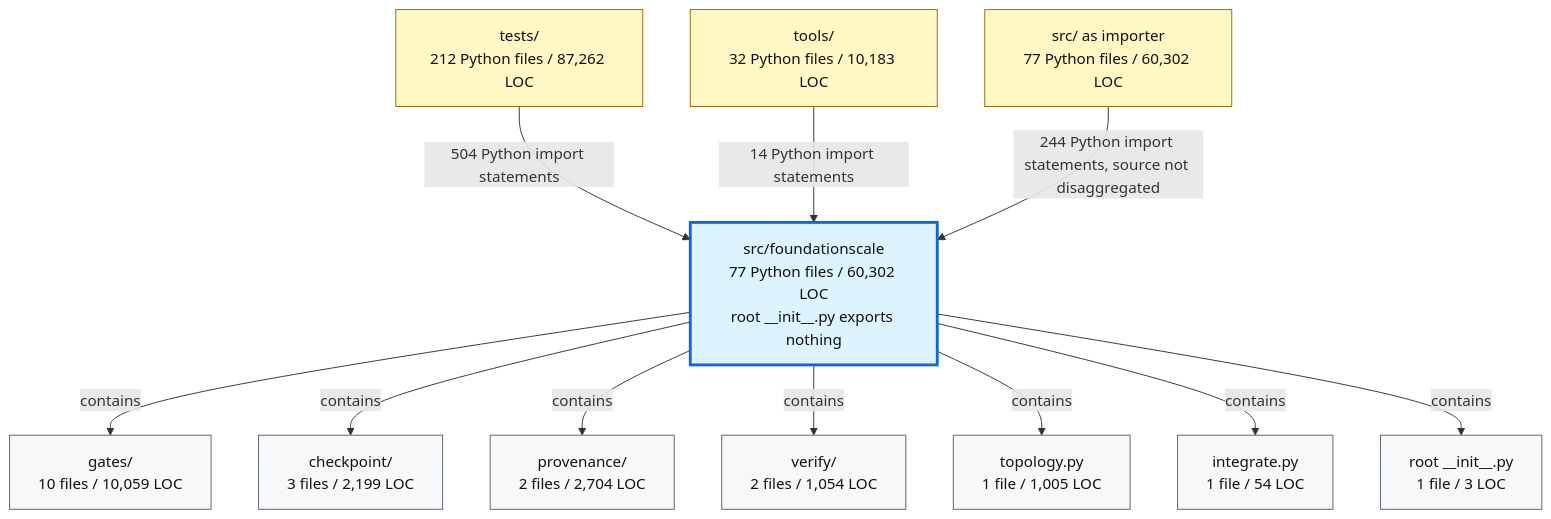
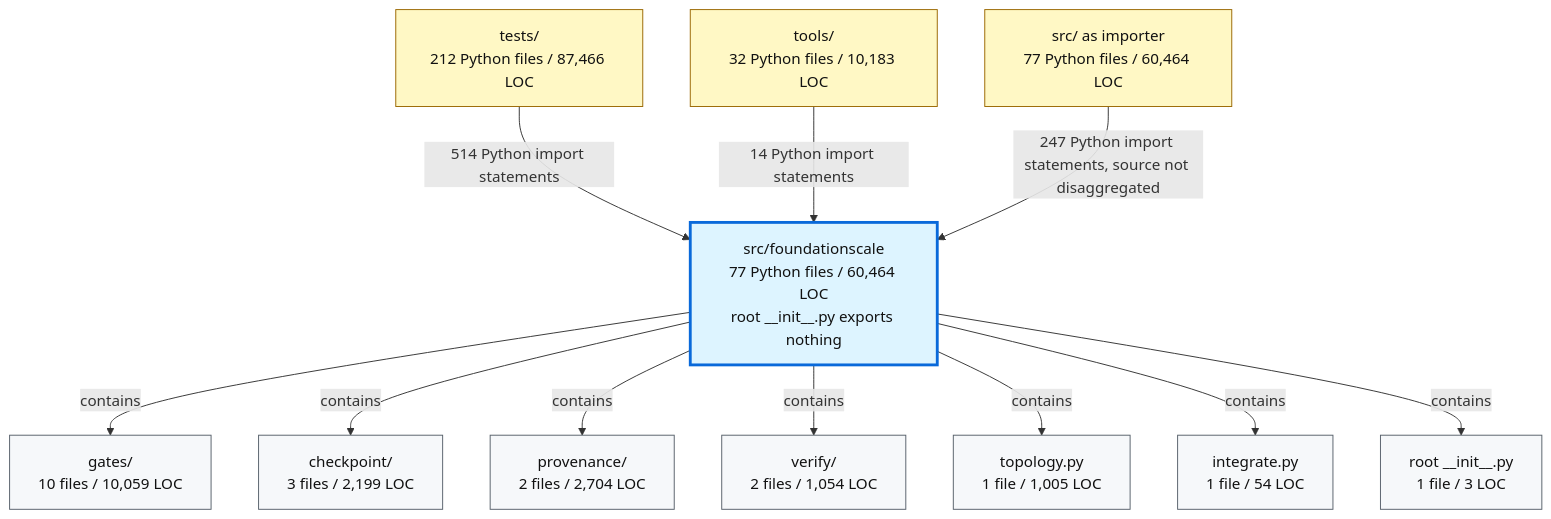
Before and after one commit to TranNhiem/FoundationScale: the second of 2 diagrams in docs/review/D2_current_architecture.md, drawn with Mermaid. The commit also changed other lines of this file and 13 other files, not shown here.

````diff
--- a/docs/review/D2_current_architecture.md
+++ b/docs/review/D2_current_architecture.md
@@ -97,36 +97,36 @@
 ```mermaid
 flowchart TB
-  TESTS["tests/<br/>212 Python files / 87,262 LOC"]
+  TESTS["tests/<br/>212 Python files / 87,466 LOC"]
   TOOLS["tools/<br/>32 Python files / 10,183 LOC"]
-  SRC["src/ as importer<br/>77 Python files / 60,302 LOC"]
+  SRC["src/ as importer<br/>77 Python files / 60,464 LOC"]
 
-  FS["src/foundationscale<br/>77 Python files / 60,302 LOC<br/>root __init__.py exports nothing"]
+  FS["src/foundationscale<br/>77 Python files / 60,464 LOC<br/>root __init__.py exports nothing"]
 
   GATES["gates/<br/>10 files / 10,059 LOC"]
   CKPT["checkpoint/<br/>3 files / 2,199 LOC"]
   PROV["provenance/<br/>2 files / 2,704 LOC"]
   VERIFY["verify/<br/>2 files / 1,054 LOC"]
   TOPO["topology.py<br/>1 file / 1,005 LOC"]
   INTEG["integrate.py<br/>1 file / 54 LOC"]
   ROOT["root __init__.py<br/>1 file / 3 LOC"]
 
-  TESTS -->|"504 Python import statements"| FS
+  TESTS -->|"514 Python import statements"| FS
   TOOLS -->|"14 Python import statements"| FS
-  SRC -->|"244 Python import statements, source not disaggregated"| FS
+  SRC -->|"247 Python import statements, source not disaggregated"| FS
 
   FS -->|"contains"| GATES
   FS -->|"contains"| CKPT
   FS -->|"contains"| PROV
   FS -->|"contains"| VERIFY
   FS -->|"contains"| TOPO
   FS -->|"contains"| INTEG
   FS -->|"contains"| ROOT
 
   classDef consumer fill:#fff8c5,stroke:#9a6700,color:#111;
   classDef package fill:#ddf4ff,stroke:#0969da,stroke-width:3px,color:#111;
   classDef module fill:#f6f8fa,stroke:#57606a,color:#111;
 
   class TESTS,TOOLS,SRC consumer;
   class FS package;
   class GATES,CKPT,PROV,VERIFY,TOPO,INTEG,ROOT module;
 ```
````
